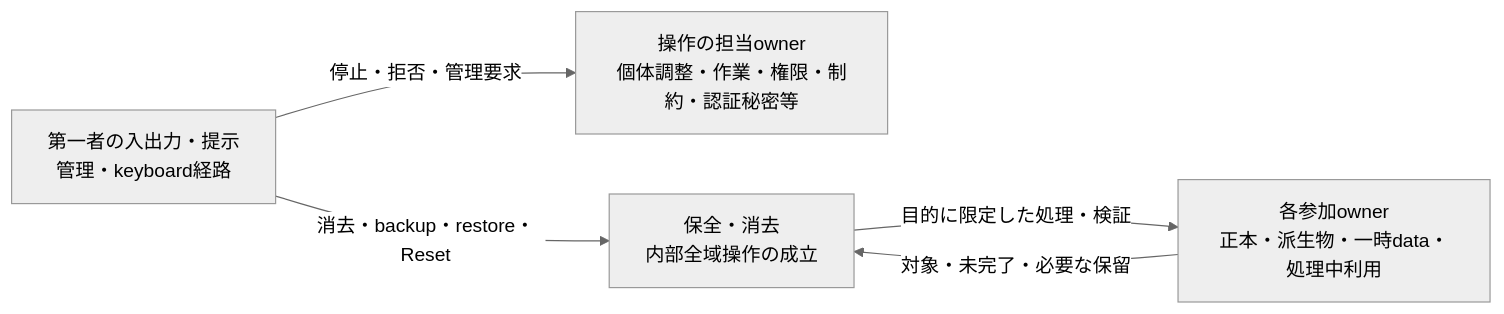
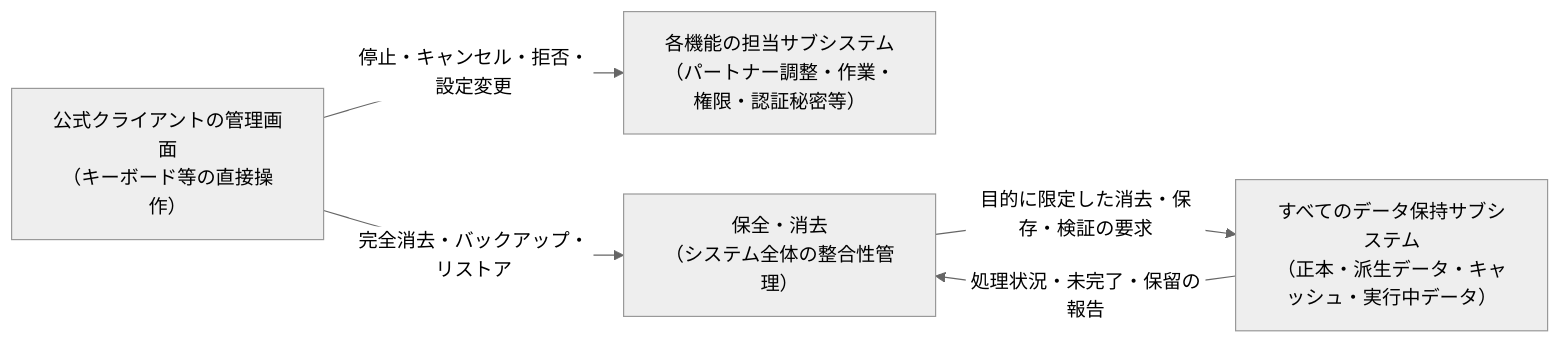
One commit to pexisgle/ene changed the third of 3 diagrams in docs/design/architecture/dependency-rules.md. Above: the diagram before and after it, drawn with Mermaid (neutral theme). The commit also changed other lines of this file and 33 other files, not shown here.

````diff
--- a/docs/design/architecture/dependency-rules.md
+++ b/docs/design/architecture/dependency-rules.md
@@ -393,11 +416,11 @@
 ```mermaid
 flowchart LR
-    ui["第一者の入出力・提示<br/>管理・keyboard経路"]
-    control["操作の担当owner<br/>個体調整・作業・権限・制約・認証秘密等"]
-    preserve["保全・消去<br/>内部全域操作の成立"]
-    participants["各参加owner<br/>正本・派生物・一時data・処理中利用"]
-    ui -->|"停止・拒否・管理要求"| control
-    ui -->|"消去・backup・restore・Reset"| preserve
-    preserve -->|"目的に限定した処理・検証"| participants
-    participants -->|"対象・未完了・必要な保留"| preserve
+    ui["公式クライアントの管理画面<br/>（キーボード等の直接操作）"]
+    control["各機能の担当サブシステム<br/>（パートナー調整・作業・権限・認証秘密等）"]
+    preserve["保全・消去<br/>（システム全体の整合性管理）"]
+    participants["すべてのデータ保持サブシステム<br/>（正本・派生データ・キャッシュ・実行中データ）"]
+    ui -->|"停止・キャンセル・拒否・設定変更"| control
+    ui -->|"完全消去・バックアップ・リストア"| preserve
+    preserve -->|"目的に限定した消去・保存・検証の要求"| participants
+    participants -->|"処理状況・未完了・保留の報告"| preserve
 ```
````
